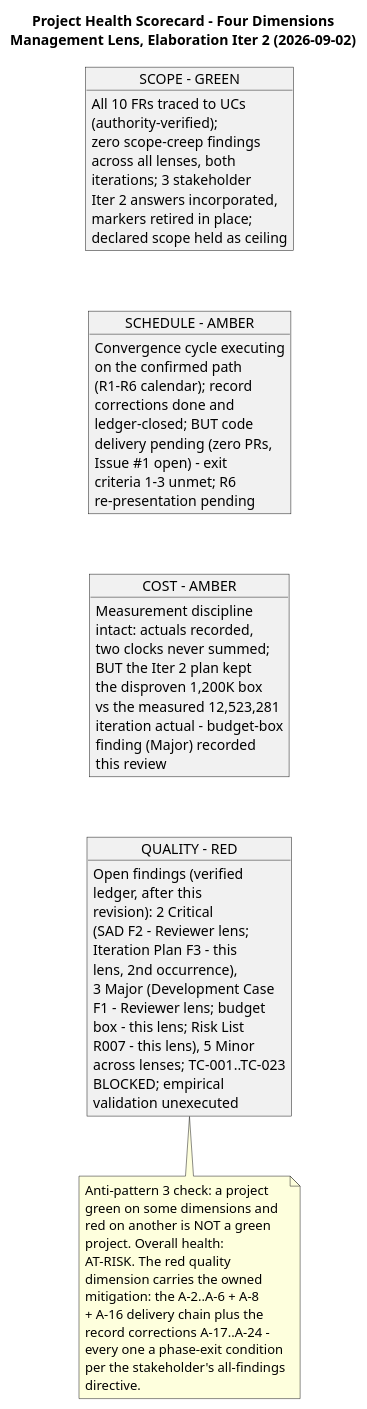
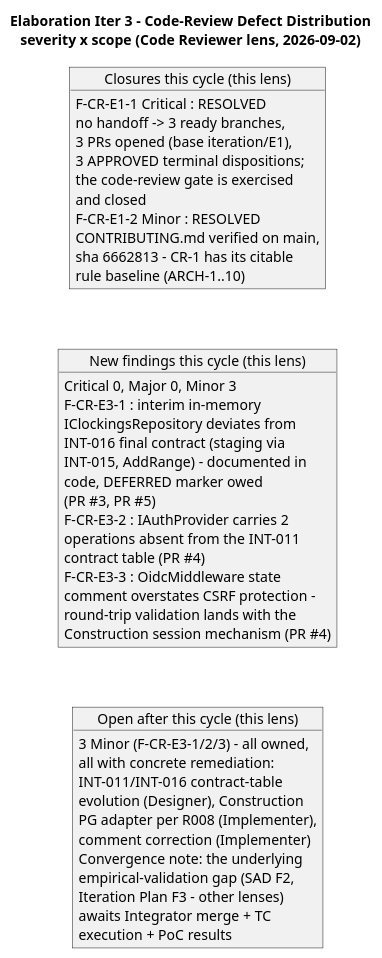
One commit to banense-test/employee-portal changed diagram 11 of 25 in docs/artifacts/project-management/review-record.md. Above: the diagram before and after it, drawn with PlantUML. The commit also changed other lines of this file, not shown here.

First line of the commit message:
Code Reviewer [E3]: upsert Review Record

````diff
--- a/docs/artifacts/project-management/review-record.md
+++ b/docs/artifacts/project-management/review-record.md
@@ -1070,72 +709,49 @@
 ```plantuml
 @startuml
-title Project Health Scorecard - Four Dimensions\nManagement Lens, Elaboration Iter 2 (2026-09-02)
+title Elaboration Iter 3 - Code-Review Defect Distribution\nseverity x scope (Code Reviewer lens, 2026-09-02)
 
-object "SCOPE - GREEN" as SC {
-  All 10 FRs traced to UCs
-  (authority-verified);
-  zero scope-creep findings
-  across all lenses, both
-  iterations; 3 stakeholder
-  Iter 2 answers incorporated,
-  markers retired in place;
-  declared scope held as ceiling
+object "Closures this cycle (this lens)" as C1 {
+  F-CR-E1-1 Critical : RESOLVED
+  no handoff -> 3 ready branches,
+  3 PRs opened (base iteration/E1),
+  3 APPROVED terminal dispositions;
+  the code-review gate is exercised
+  and closed
+  F-CR-E1-2 Minor : RESOLVED
+  CONTRIBUTING.md verified on main,
+  sha 6662813 - CR-1 has its citable
+  rule baseline (ARCH-1..10)
 }
-object "SCHEDULE - AMBER" as SCH {
-  Convergence cycle executing
-  on the confirmed path
-  (R1-R6 calendar); record
-  corrections done and
-  ledger-closed; BUT code
-  delivery pending (zero PRs,
-  Issue #1 open) - exit
-  criteria 1-3 unmet; R6
-  re-presentation pending
+object "New findings this cycle (this lens)" as C2 {
+  Critical 0, Major 0, Minor 3
+  F-CR-E3-1 : interim in-memory
+  IClockingsRepository deviates from
+  INT-016 final contract (staging via
+  INT-015, AddRange) - documented in
+  code, DEFERRED marker owed
+  (PR #3, PR #5)
+  F-CR-E3-2 : IAuthProvider carries 2
+  operations absent from the INT-011
+  contract table (PR #4)
+  F-CR-E3-3 : OidcMiddleware state
+  comment overstates CSRF protection -
+  round-trip validation lands with the
+  Construction session mechanism (PR #4)
 }
-object "COST - AMBER" as CO {
-  Measurement discipline
-  intact: actuals recorded,
-  two clocks never summed;
-  BUT the Iter 2 plan kept
-  the disproven 1,200K box
-  vs the measured 12,523,281
-  iteration actual - budget-box
-  finding (Major) recorded
-  this review
+object "Open after this cycle (this lens)" as C3 {
+  3 Minor (F-CR-E3-1/2/3) - all owned,
+  all with concrete remediation:
+  INT-011/INT-016 contract-table
+  evolution (Designer), Construction
+  PG adapter per R008 (Implementer),
+  comment correction (Implementer)
+  Convergence note: the underlying
+  empirical-validation gap (SAD F2,
+  Iteration Plan F3 - other lenses)
+  awaits Integrator merge + TC
+  execution + PoC results
 }
-object "QUALITY - RED" as QU {
-  Open findings (verified
-  ledger, after this
-  revision): 2 Critical
-  (SAD F2 - Reviewer lens;
-  Iteration Plan F3 - this
-  lens, 2nd occurrence),
-  3 Major (Development Case
-  F1 - Reviewer lens; budget
-  box - this lens; Risk List
-  R007 - this lens), 5 Minor
-  across lenses; TC-001..TC-023
-  BLOCKED; empirical
-  validation unexecuted
-}
-
-SC -[hidden]-> SCH
-SCH -[hidden]-> CO
-CO -[hidden]-> QU
-
-note bottom of QU
-  Anti-pattern 3 check: a project
-  green on some dimensions and
-  red on another is NOT a green
-  project. Overall health:
-  AT-RISK. The red quality
-  dimension carries the owned
-  mitigation: the A-2..A-6 + A-8
-  + A-16 delivery chain plus the
-  record corrections A-17..A-24 -
-  every one a phase-exit condition
-  per the stakeholder's all-findings
-  directive.
-end note
+C1 -[hidden]-> C2
+C2 -[hidden]-> C3
 @enduml
 ```
````
